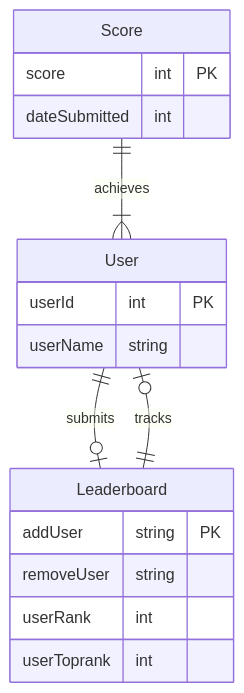
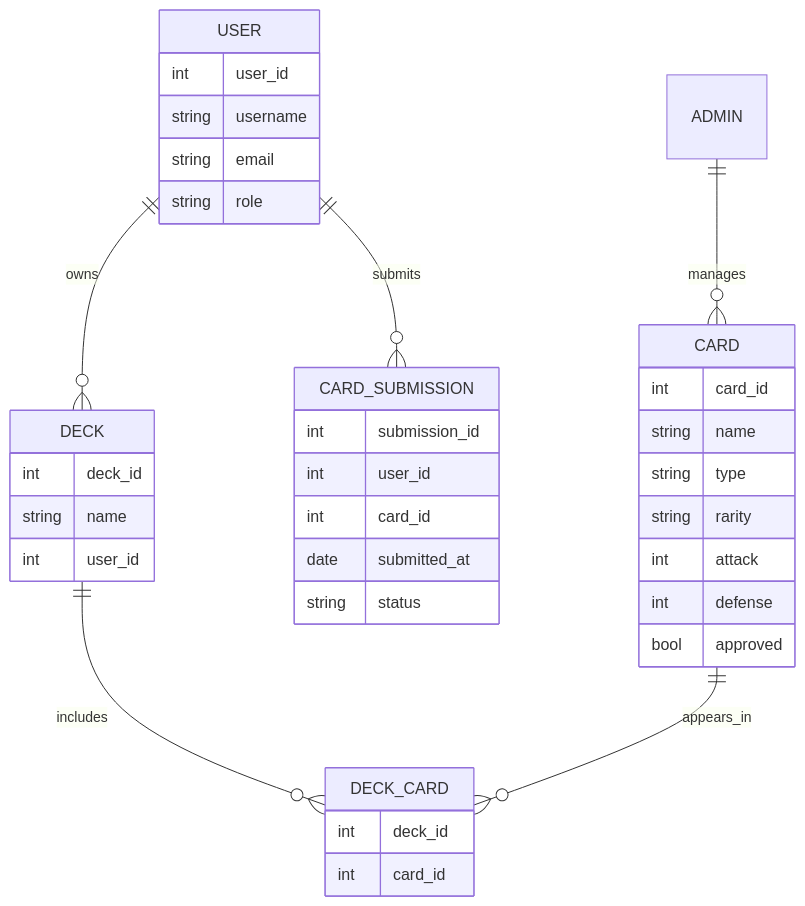
The first of 3 diagrams in pokemon-planning/README.md (Rancencole-Sloate/git-practice--KortlanSloate-), drawn with Mermaid before and after one commit.

````diff
--- a/pokemon-planning/README.md
+++ b/pokemon-planning/README.md
@@ -10,23 +10,45 @@
 ```mermaid
     erDiagram
-    User ||--o| Leaderboard : submits
-    User {
-       userId int PK
-       userName string
+    USER ||--o{ DECK : owns
+    USER ||--o{ CARD_SUBMISSION : submits
+    ADMIN ||--o{ CARD : manages
+    DECK ||--o{ DECK_CARD : includes
+    CARD ||--o{ DECK_CARD : appears_in
+
+    USER {
+        int user_id
+        string username
+        string email
+        string role
     }
-    Leaderboard ||--o| User : tracks
-    Leaderboard {
-       addUser string PK
-       removeUser string
-       userRank int
-       userToprank int
 
-     }
-     Score ||--|{ User : achieves
-     Score {
-       score int PK
-       dateSubmitted int
+    CARD {
+        int card_id
+        string name
+        string type
+        string rarity
+        int attack
+        int defense
+        bool approved
+    }
 
-     }
+    DECK {
+        int deck_id
+        string name
+        int user_id
+    }
+
+    DECK_CARD {
+        int deck_id
+        int card_id
+    }
+
+    CARD_SUBMISSION {
+        int submission_id
+        int user_id
+        int card_id
+        date submitted_at
+        string status
+    }
 
 ```
````
